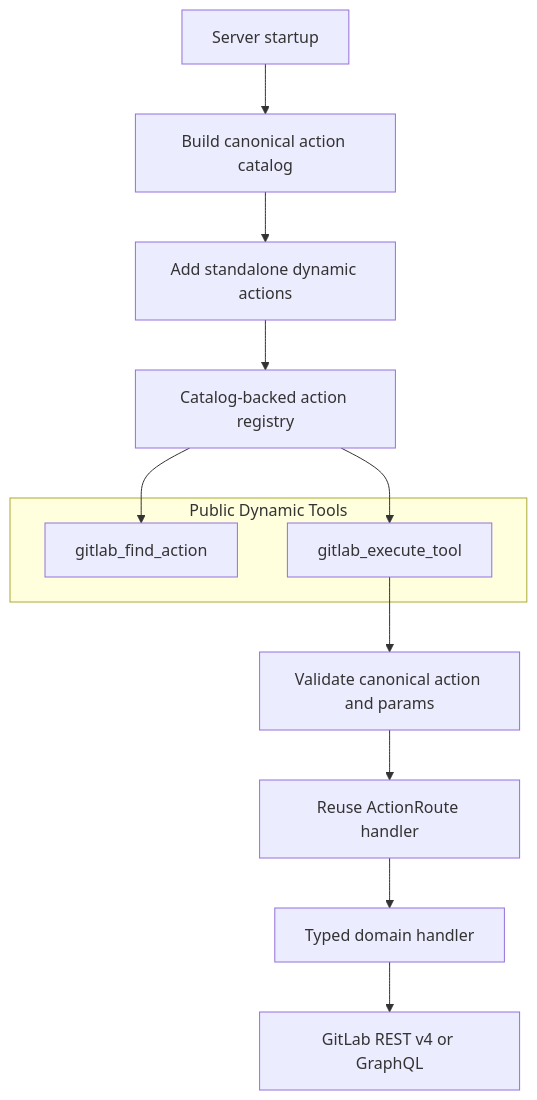
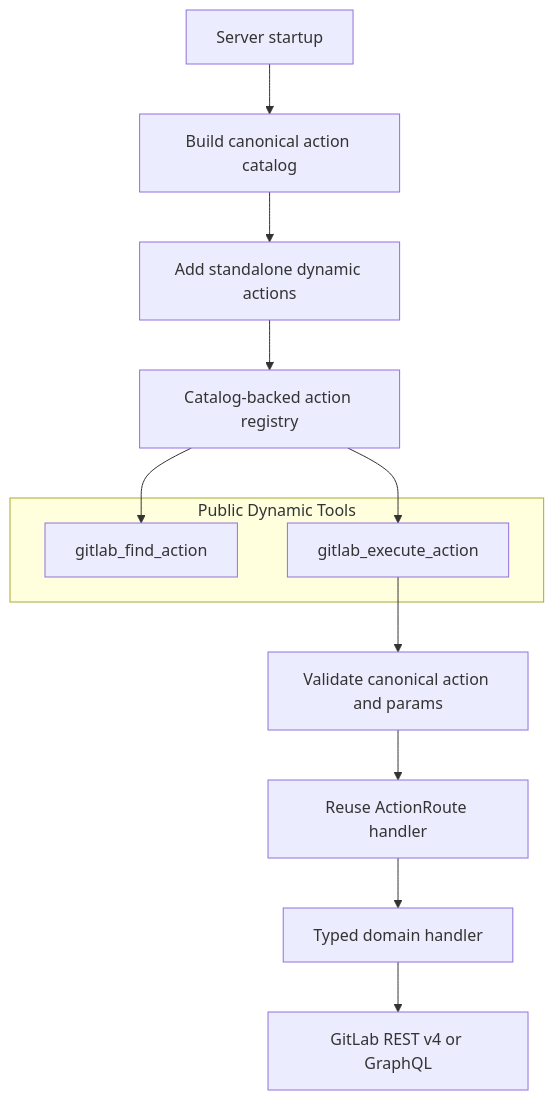
The fifth of 11 diagrams in docs/architecture.md (jmrplens/gitlab-mcp-server), drawn with Mermaid before and after one commit. The commit also changed other lines of this file and 714 other files, not shown here.

````diff
--- a/docs/architecture.md
+++ b/docs/architecture.md
@@ -306,18 +306,18 @@
 ```mermaid
 flowchart TD
     START[Server startup] --> CATALOG[Build canonical action catalog]
     CATALOG --> STANDALONE[Add standalone dynamic actions]
     STANDALONE --> REGISTRY[Catalog-backed action registry]
 
     subgraph Public Dynamic Tools
         FIND[gitlab_find_action]
-        EXECUTE[gitlab_execute_tool]
+        EXECUTE[gitlab_execute_action]
     end
 
     REGISTRY --> FIND
     REGISTRY --> EXECUTE
     EXECUTE --> VALIDATE[Validate canonical action and params]
     VALIDATE --> ROUTE[Reuse ActionRoute handler]
     ROUTE --> HANDLER[Typed domain handler]
     HANDLER --> GITLAB[GitLab REST v4 or GraphQL]
 ```
````
